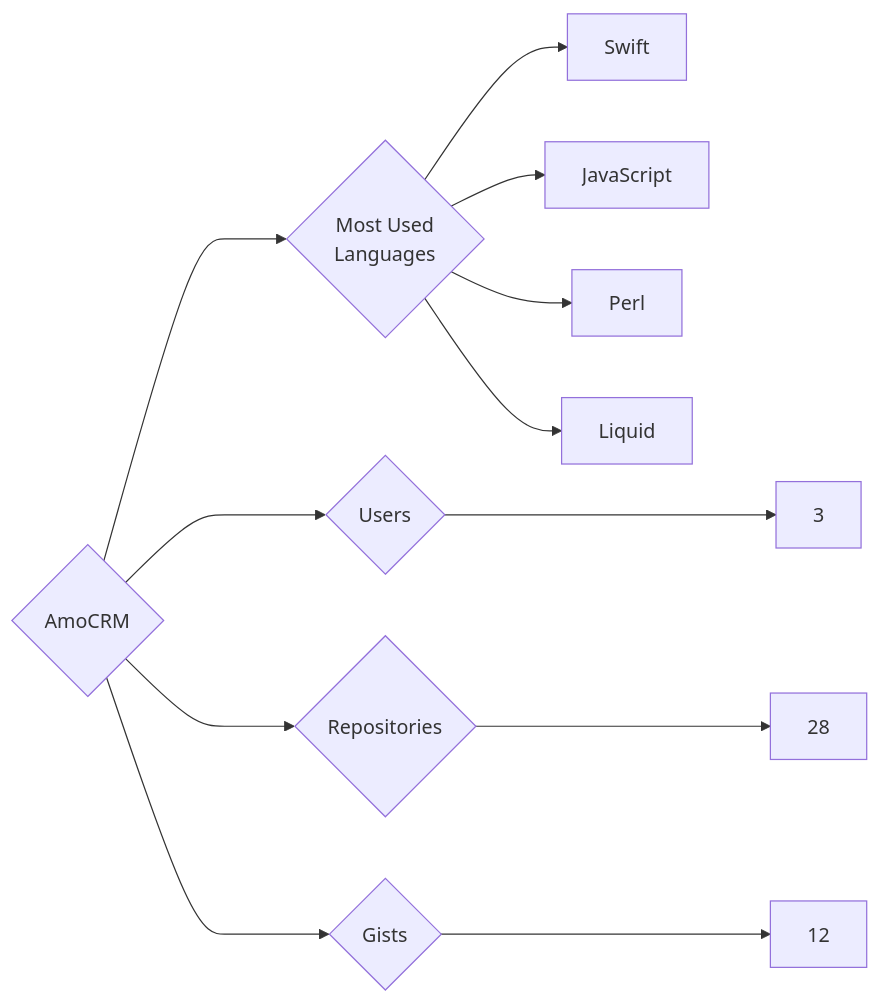
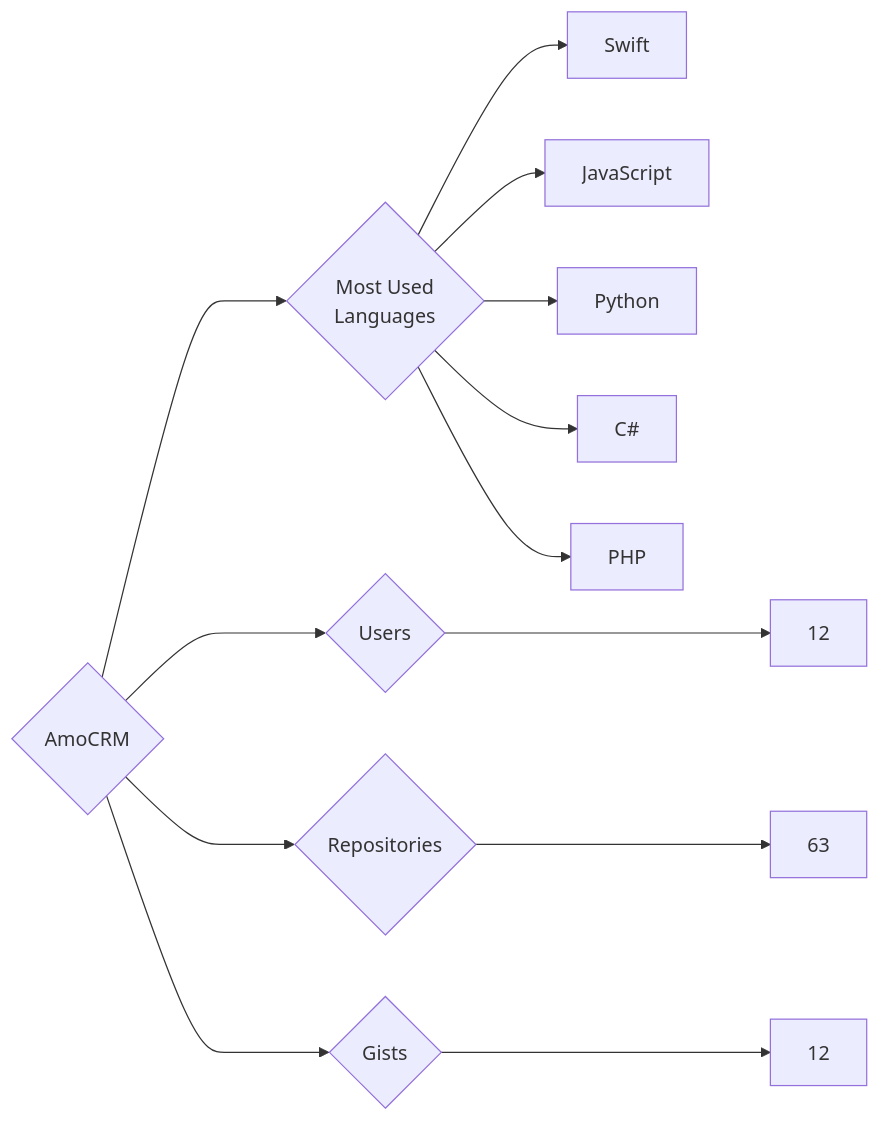
One commit to trickest/insiders changed the diagram in targets/AmoCRM/README.md. Above: the diagram before and after it, drawn with Mermaid. The commit also changed 569 other files, not shown here.

````diff
--- a/targets/AmoCRM/README.md
+++ b/targets/AmoCRM/README.md
@@ -3,12 +3,13 @@
 ```mermaid
 graph LR
 COMPANY_NAME{AmoCRM}
-COMPANY_NAME ---> U{Users} ---> UN[3]
-COMPANY_NAME ---> R{Repositories} ---> RN[28]
+COMPANY_NAME ---> U{Users} ---> UN[12]
+COMPANY_NAME ---> R{Repositories} ---> RN[63]
 COMPANY_NAME ---> G{Gists} ---> GN[12]
 COMPANY_NAME ---> ML{Most Used<br>Languages}
 ML --> Swift[Swift]
 ML --> JavaScript[JavaScript]
-ML --> Perl[Perl]
-ML --> Liquid[Liquid]
+ML --> Python[Python]
+ML --> C#[C#]
+ML --> PHP[PHP]
 ```
````
